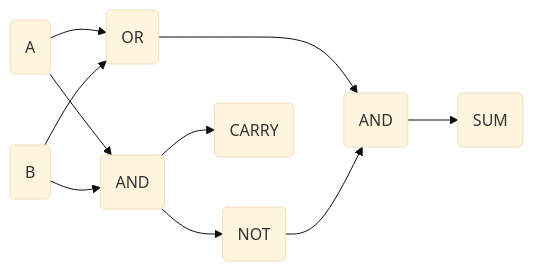
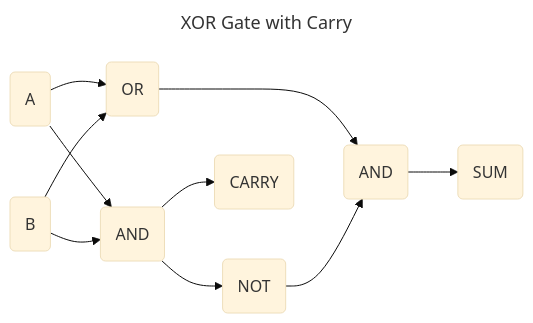
Before and after one commit to CalebNeal07/csc215: the diagram in Notes/AltairManualPart1notes.md, drawn with Mermaid (base theme). The commit also changed other lines of this file, not shown here.

````diff
--- a/Notes/AltairManualPart1notes.md
+++ b/Notes/AltairManualPart1notes.md
@@ -51,25 +51,28 @@
 ```mermaid
+---
+title: XOR Gate with Carry
+---
 flowchart LR
   A(A)
   B(B)
   AND1(AND)
   OR1(OR)
   NOT1(NOT)
   AND2(AND)
   CARRY(CARRY)
   SUM(SUM)
 
   A --> AND1
   B --> AND1
 
   A --> OR1
   B --> OR1
 
   AND1 --> CARRY
   AND1 --> NOT1
 
   OR1 --> AND2
   NOT1 --> AND2
 
   AND2 --> SUM
 ```
````
